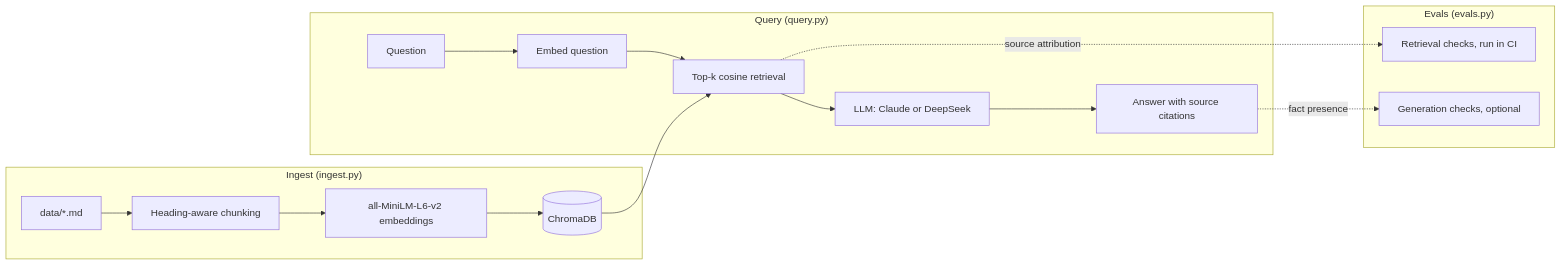
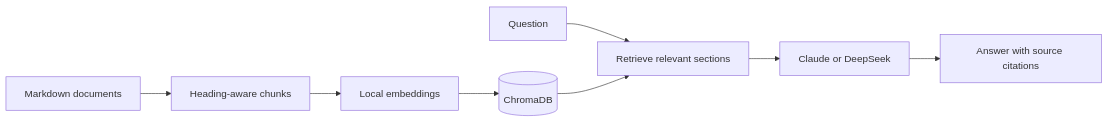
One commit to redbarron23/rag-observability changed the diagram in README.md. Above: the diagram before and after it, drawn with Mermaid. The commit also changed other lines of this file and 1 other file, not shown here.

Commit message:
Lead README with the demo, quick start, architecture, and limits

````diff
--- a/README.md
+++ b/README.md
@@ -21,19 +39,10 @@
 ```mermaid
 flowchart LR
-    subgraph Ingest["Ingest (ingest.py)"]
-        D[data/*.md] --> C[Heading-aware chunking]
-        C --> E[all-MiniLM-L6-v2 embeddings]
-        E --> V[(ChromaDB)]
-    end
-    subgraph Query["Query (query.py)"]
-        Q[Question] --> QE[Embed question]
-        QE --> R[Top-k cosine retrieval]
-        V --> R
-        R --> L[LLM: Claude or DeepSeek]
-        L --> A[Answer with source citations]
-    end
-    subgraph Eval["Evals (evals.py)"]
-        R -. source attribution .-> T[Retrieval checks, run in CI]
-        A -. fact presence .-> F[Generation checks, optional]
-    end
+    D[Markdown documents] --> C[Heading-aware chunks]
+    C --> E[Local embeddings]
+    E --> V[(ChromaDB)]
+    Q[Question] --> R[Retrieve relevant sections]
+    V --> R
+    R --> L[Claude or DeepSeek]
+    L --> A[Answer with source citations]
 ```
````
